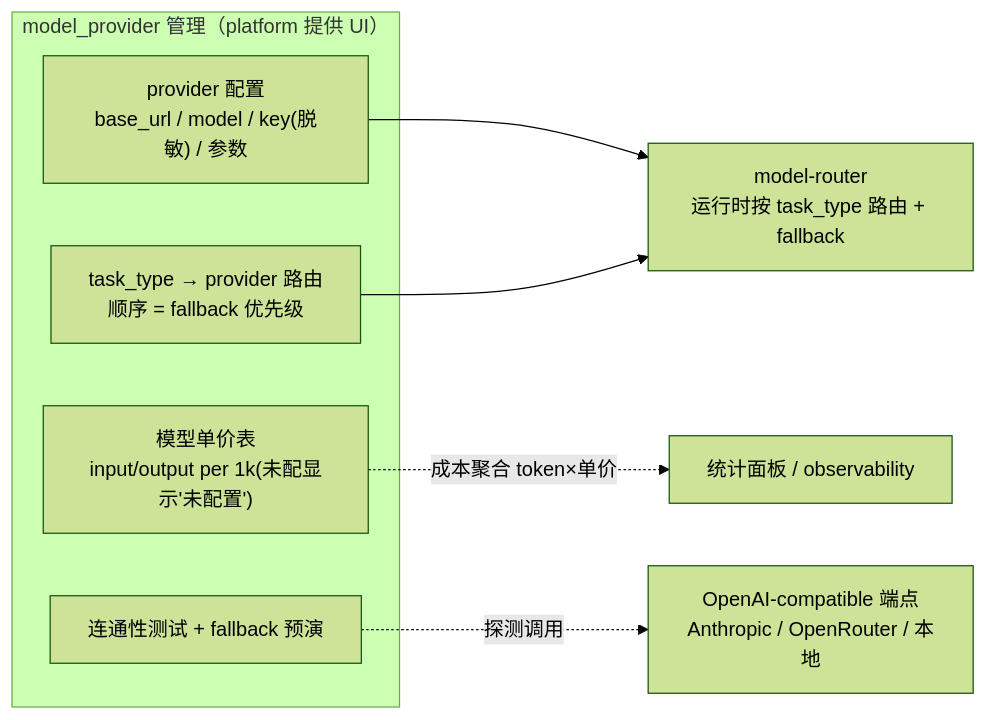
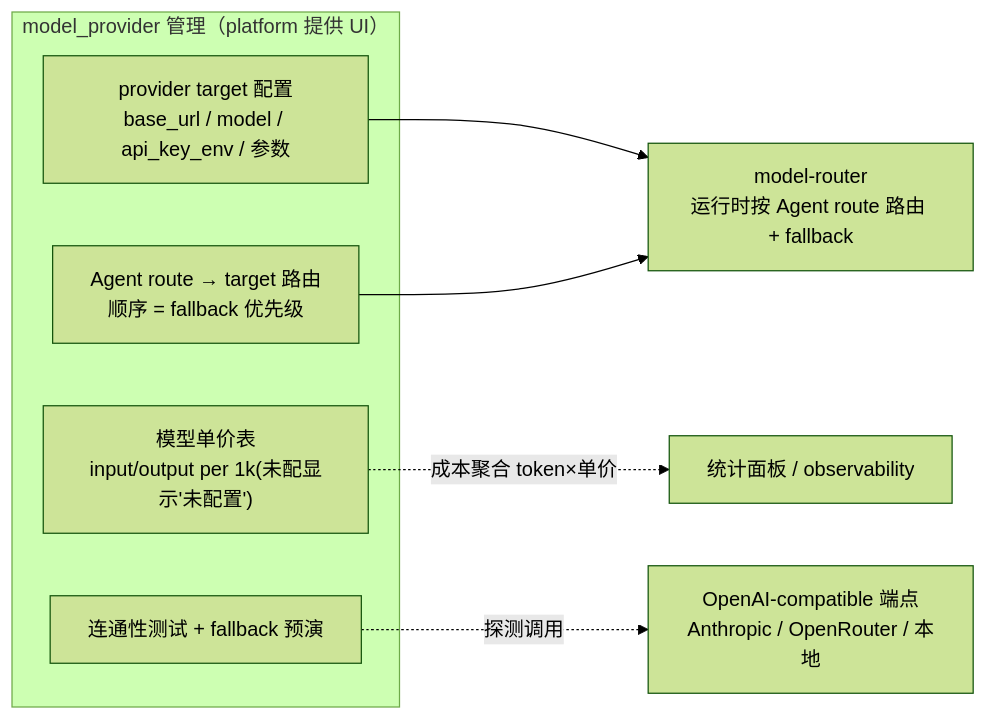
Diagram 15 of 21 in docs/capabilities/platform.md (Summy2104/fleetent), drawn with Mermaid (forest theme) before and after one commit. The commit also changed other lines of this file and 10 other files, not shown here.

Commit message:
docs(capabilities): align roadmaps with config model

````diff
--- a/docs/capabilities/platform.md
+++ b/docs/capabilities/platform.md
@@ -547,13 +547,13 @@
 ```mermaid
 flowchart LR
     subgraph cfg["model_provider 管理（platform 提供 UI）"]
-        P1["provider 配置<br/>base_url / model / key(脱敏) / 参数"]
-        P2["task_type → provider 路由<br/>顺序 = fallback 优先级"]
+        P1["provider target 配置<br/>base_url / model / api_key_env / 参数"]
+        P2["Agent route → target 路由<br/>顺序 = fallback 优先级"]
         P3["模型单价表<br/>input/output per 1k(未配显示'未配置')"]
         P4["连通性测试 + fallback 预演"]
     end
-    P1 --> MR["model-router<br/>运行时按 task_type 路由 + fallback"]
+    P1 --> MR["model-router<br/>运行时按 Agent route 路由 + fallback"]
     P2 --> MR
     P3 -.成本聚合 token×单价.-> STAT["统计面板 / observability"]
     P4 -.探测调用.-> EP["OpenAI-compatible 端点<br/>Anthropic / OpenRouter / 本地"]
 ```
````
